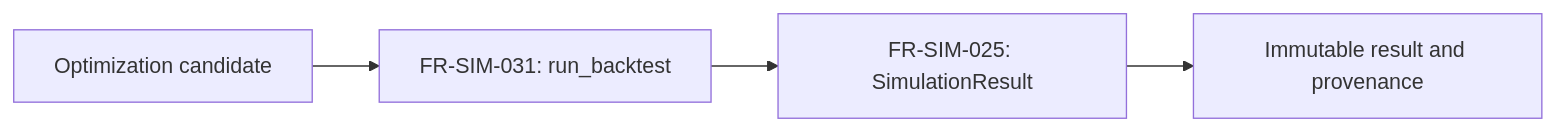
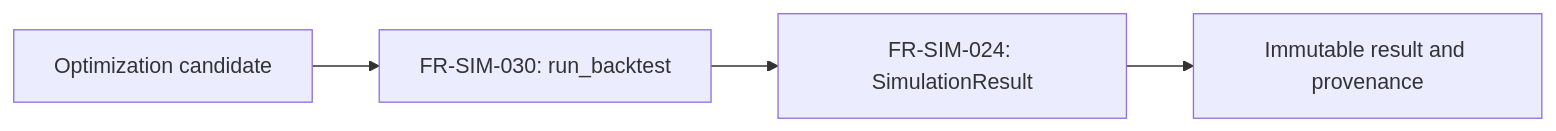
The fifth of 9 diagrams in app/services/simulator/README.md (haruperi/HaruQuantAI), drawn with Mermaid before and after one commit. The commit also changed other lines of this file and 134 other files, not shown here.

````diff
--- a/app/services/simulator/README.md
+++ b/app/services/simulator/README.md
@@ -332,6 +339,6 @@
 ```mermaid
 flowchart LR
-    O[Optimization candidate] --> R["FR-SIM-031: run_backtest"]
-    R --> S["FR-SIM-025: SimulationResult"]
+    O[Optimization candidate] --> R["FR-SIM-030: run_backtest"]
+    R --> S["FR-SIM-024: SimulationResult"]
     S --> P[Immutable result and provenance]
 ```
````
